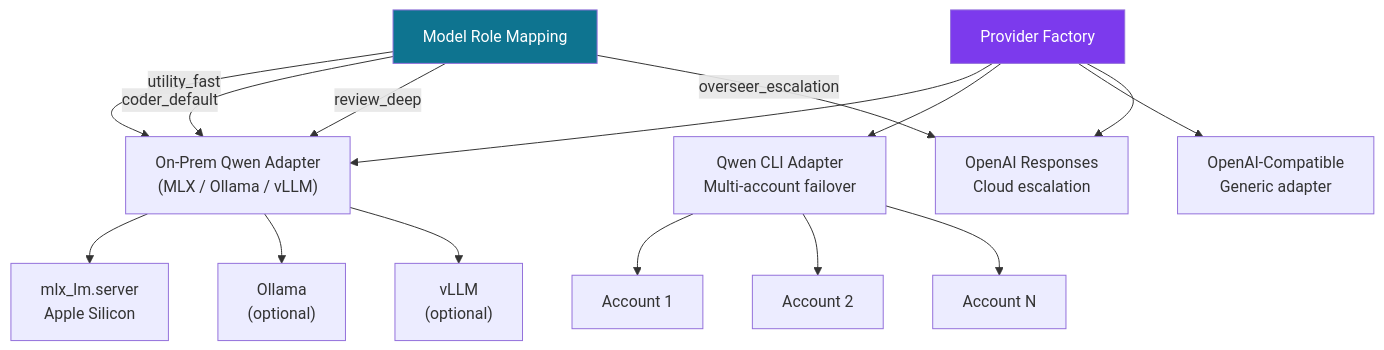
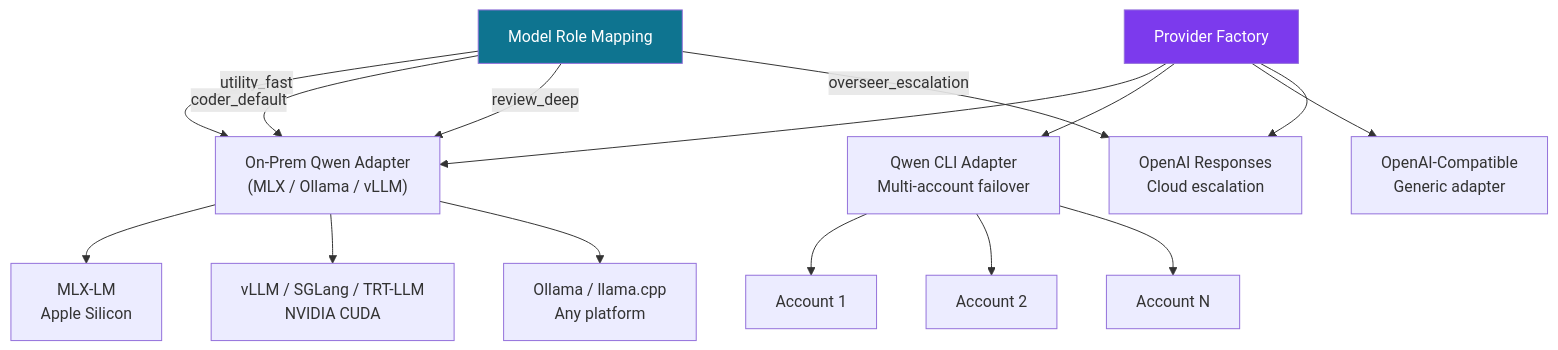
The sixth of 7 diagrams in README.md (obelaiquality/agentic_workforce), drawn with Mermaid before and after one commit. The commit also changed other lines of this file, not shown here.

````diff
--- a/README.md
+++ b/README.md
@@ -776,26 +783,26 @@
 ```mermaid
 flowchart TD
   Factory["Provider Factory"]
 
   Factory --> OnPrem["On-Prem Qwen Adapter<br/>(MLX / Ollama / vLLM)"]
   Factory --> QwenCLI["Qwen CLI Adapter<br/>Multi-account failover"]
   Factory --> OpenAICompat["OpenAI-Compatible<br/>Generic adapter"]
   Factory --> OpenAIResp["OpenAI Responses<br/>Cloud escalation"]
 
-  OnPrem --> MLX["mlx_lm.server<br/>Apple Silicon"]
-  OnPrem --> Ollama["Ollama<br/>(optional)"]
-  OnPrem --> VLLM["vLLM<br/>(optional)"]
+  OnPrem --> MLX["MLX-LM<br/>Apple Silicon"]
+  OnPrem --> VLLM["vLLM / SGLang / TRT-LLM<br/>NVIDIA CUDA"]
+  OnPrem --> Portable["Ollama / llama.cpp<br/>Any platform"]
 
   QwenCLI --> Acct1["Account 1"]
   QwenCLI --> Acct2["Account 2"]
   QwenCLI --> AcctN["Account N"]
 
   RoleMap["Model Role Mapping"]
   RoleMap -->|utility_fast| OnPrem
   RoleMap -->|coder_default| OnPrem
   RoleMap -->|review_deep| OnPrem
   RoleMap -->|overseer_escalation| OpenAIResp
 
   style Factory fill:#7c3aed,color:#fff
   style RoleMap fill:#0e7490,color:#fff
 ```
````
